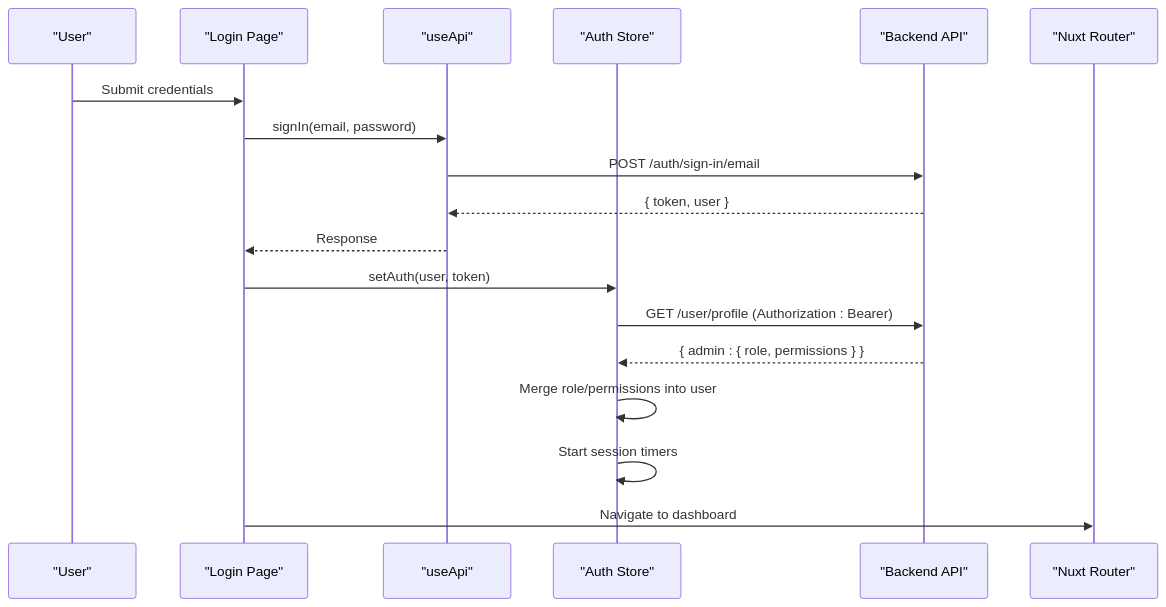
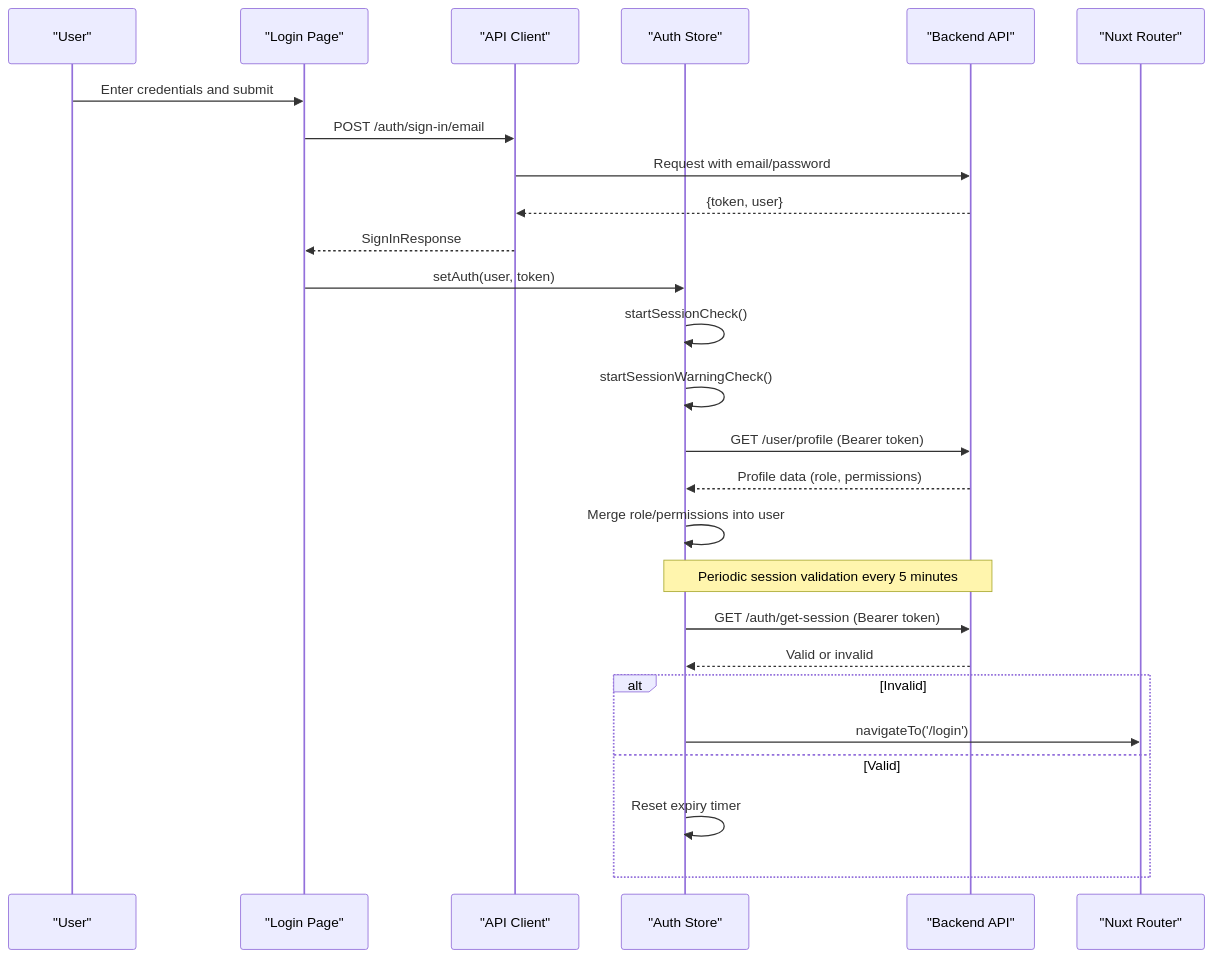
Before and after one commit to Lazynerd-Studios/lacarte-atlas-console: the second of 12 diagrams in .qoder/repowiki/en/content/Authentication & Authorization/Authentication & Authorization.md, drawn with Mermaid. The commit also changed other lines of this file and 139 other files, not shown here.

````diff
--- a/.qoder/repowiki/en/content/Authentication & Authorization/Authentication & Authorization.md
+++ b/.qoder/repowiki/en/content/Authentication & Authorization/Authentication & Authorization.md
@@ -134,20 +124,28 @@
 ```mermaid
 sequenceDiagram
 participant User as "User"
 participant Login as "Login Page"
-participant API as "useApi"
+participant API as "API Client"
 participant Store as "Auth Store"
 participant Server as "Backend API"
 participant Router as "Nuxt Router"
-User->>Login : Submit credentials
-Login->>API : signIn(email, password)
-API->>Server : POST /auth/sign-in/email
-Server-->>API : { token, user }
-API-->>Login : Response
+User->>Login : Enter credentials and submit
+Login->>API : POST /auth/sign-in/email
+API->>Server : Request with email/password
+Server-->>API : {token, user}
+API-->>Login : SignInResponse
 Login->>Store : setAuth(user, token)
-Store->>Server : GET /user/profile (Authorization : Bearer)
-Server-->>Store : { admin : { role, permissions } }
+Store->>Store : startSessionCheck()
+Store->>Store : startSessionWarningCheck()
+Store->>Server : GET /user/profile (Bearer token)
+Server-->>Store : Profile data (role, permissions)
 Store->>Store : Merge role/permissions into user
-Store->>Store : Start session timers
-Login->>Router : Navigate to dashboard
+Note over Store,Server : Periodic session validation every 5 minutes
+Store->>Server : GET /auth/get-session (Bearer token)
+Server-->>Store : Valid or invalid
+alt Invalid
+Store->>Router : navigateTo('/login')
+else Valid
+Store->>Store : Reset expiry timer
+end
 ```
````
